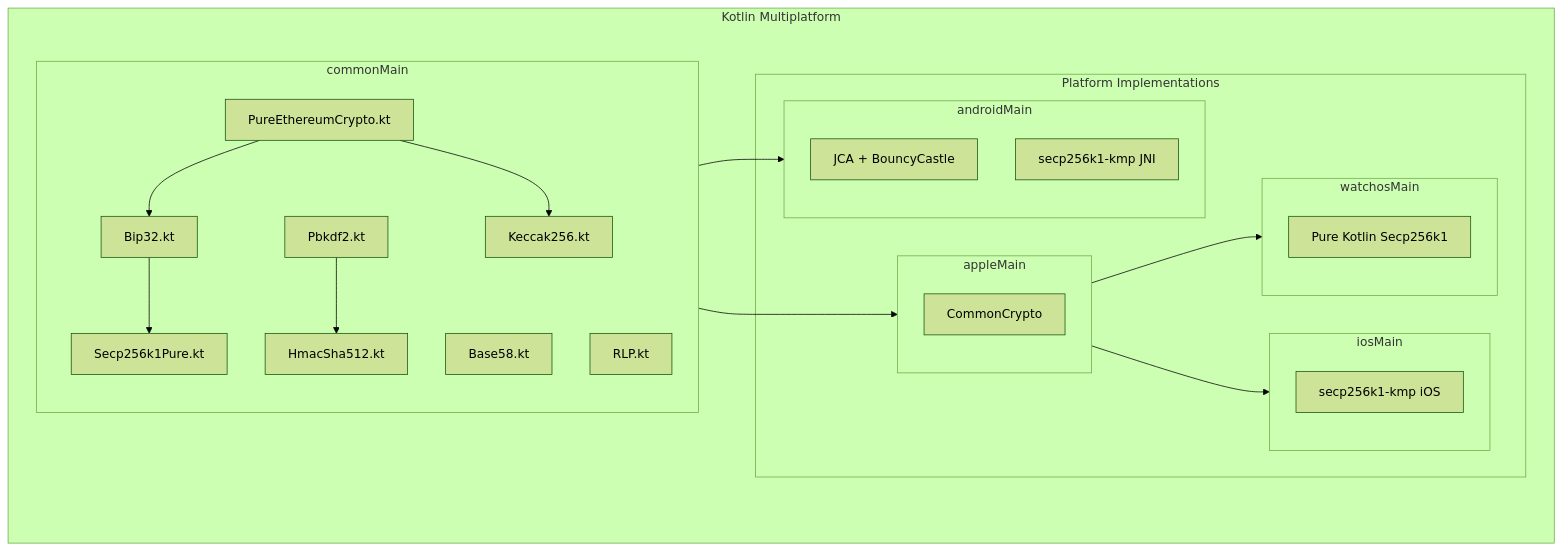
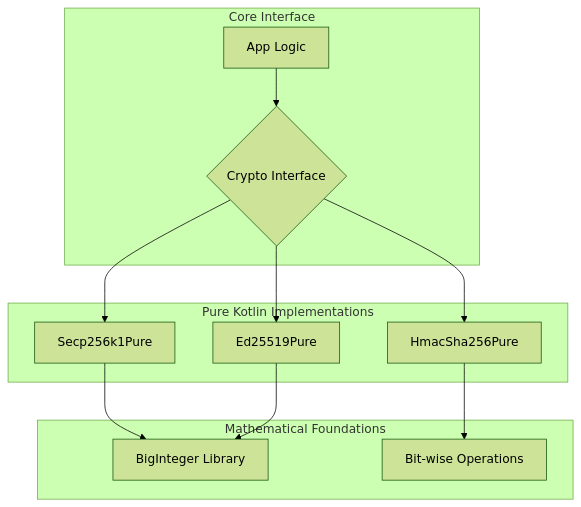
Before and after one commit to ImL1s/kotlin-crypto-pure: the diagram in README.md, drawn with Mermaid (forest theme). The commit also changed other lines of this file and 1 other file, not shown here.

Commit message:
docs: add hero banner and architecture diagrams

````diff
--- a/README.md
+++ b/README.md
@@ -40,37 +22,18 @@
 ```mermaid
-graph TB
-    subgraph "Kotlin Multiplatform"
-        subgraph "commonMain"
-            A[Bip32.kt] --> B[Secp256k1Pure.kt]
-            C[Pbkdf2.kt] --> D[HmacSha512.kt]
-            E[PureEthereumCrypto.kt] --> A
-            E --> F[Keccak256.kt]
-            G[Base58.kt]
-            H[RLP.kt]
-        end
-        
-        subgraph "Platform Implementations"
-            subgraph "androidMain"
-                I[JCA + BouncyCastle]
-                J[secp256k1-kmp JNI]
-            end
-            
-            subgraph "appleMain"
-                K[CommonCrypto]
-            end
-            
-            subgraph "iosMain"
-                L[secp256k1-kmp iOS]
-            end
-            
-            subgraph "watchosMain"
-                M[Pure Kotlin Secp256k1]
-            end
-        end
+graph TD
+    subgraph "Core Interface"
+        A[App Logic] --> B{Crypto Interface}
     end
-    
-    commonMain --> androidMain
-    commonMain --> appleMain
-    appleMain --> iosMain
-    appleMain --> watchosMain
+
+    subgraph "Pure Kotlin Implementations"
+        B --> C[Secp256k1Pure]
+        B --> D[Ed25519Pure]
+        B --> E[HmacSha256Pure]
+    end
+
+    subgraph "Mathematical Foundations"
+        C --> F[BigInteger Library]
+        D --> F
+        E --> G[Bit-wise Operations]
+    end
 ```
````
